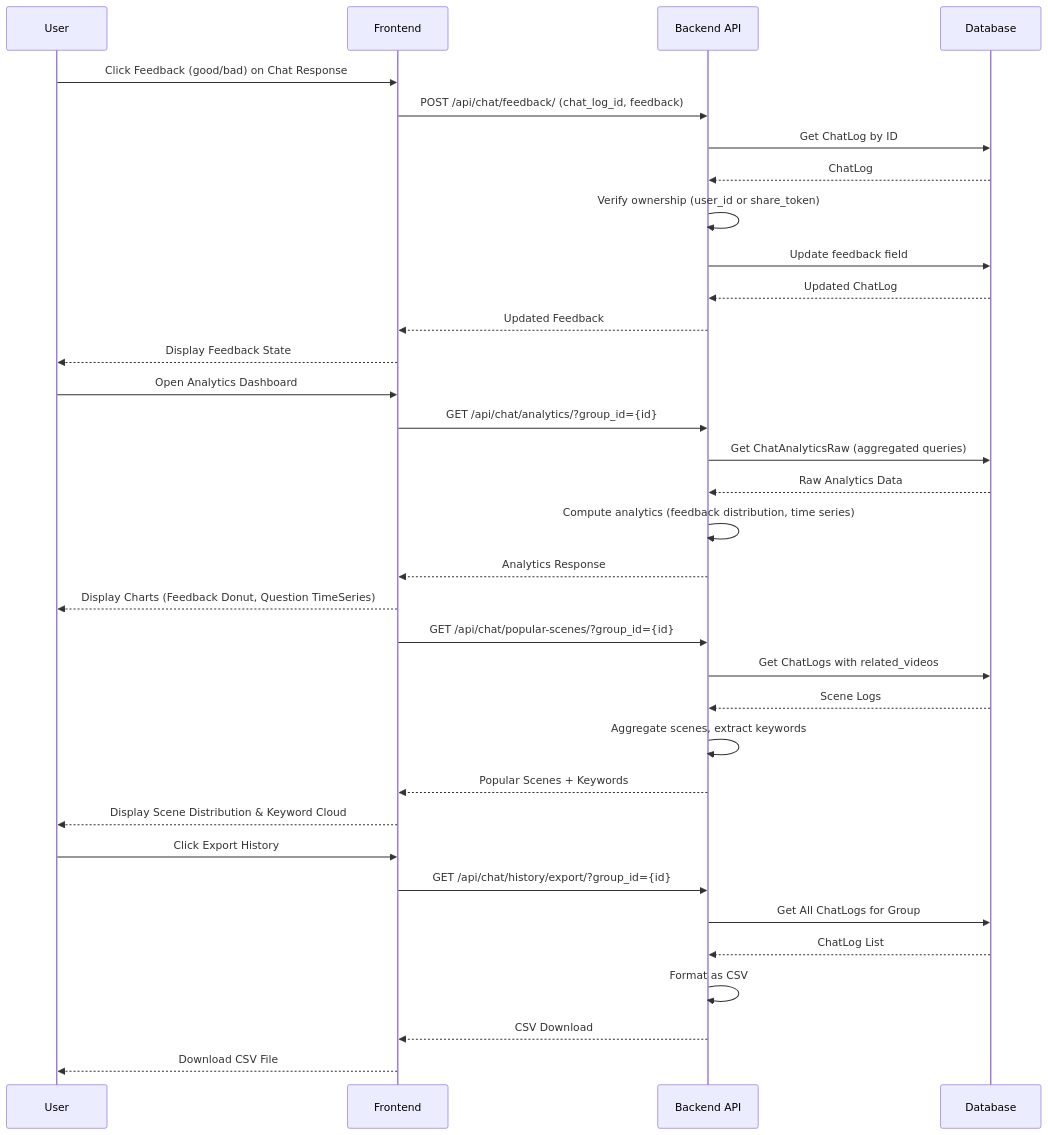
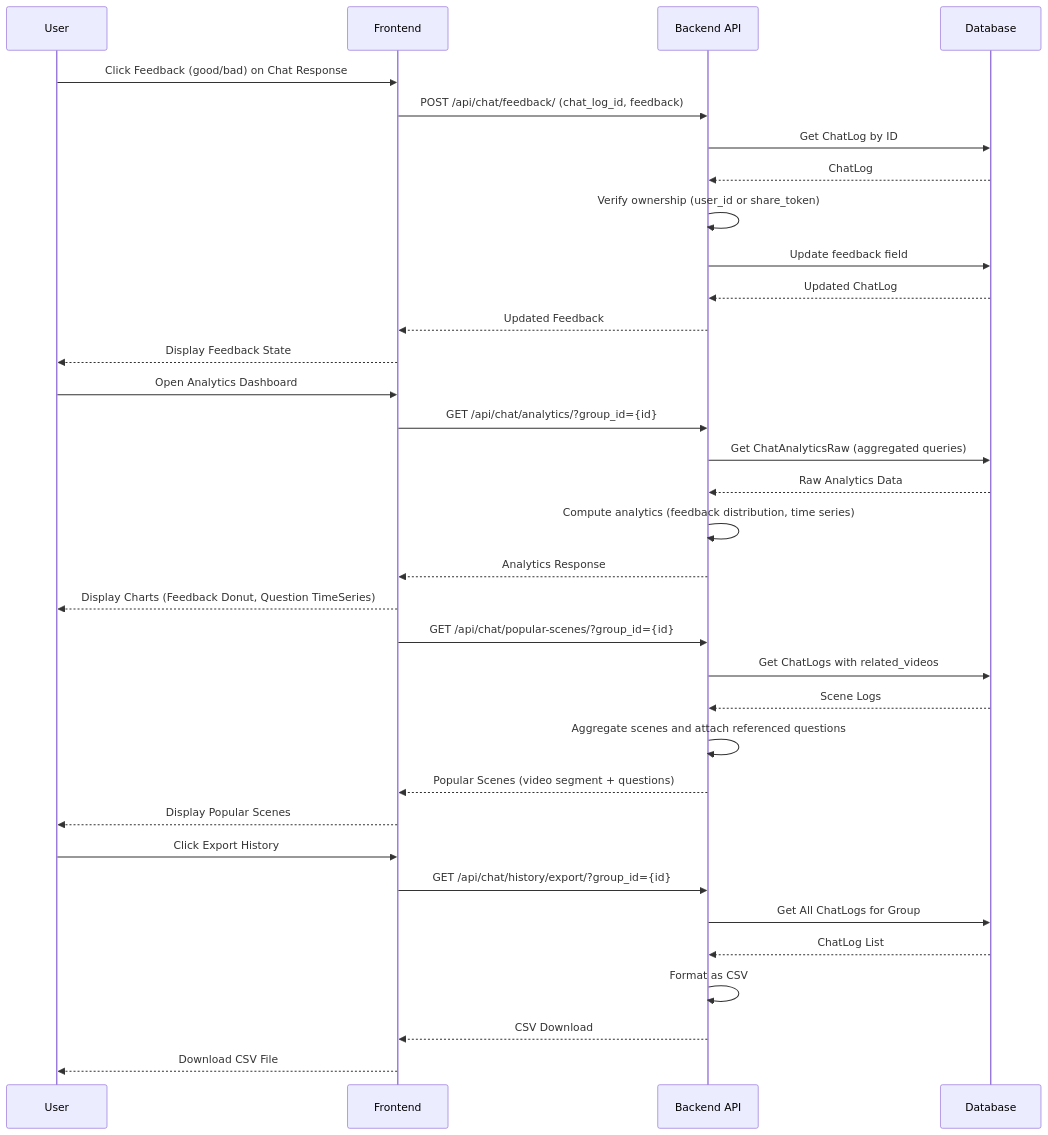
Diagram 11 of 11 in docs/design/sequence-diagram.md (yukiharada1228/videoq), drawn with Mermaid before and after one commit. The commit also changed other lines of this file and 9 other files, not shown here.

Commit message:
docs: sync diagrams with current implementation

````diff
--- a/docs/design/sequence-diagram.md
+++ b/docs/design/sequence-diagram.md
@@ -395,44 +391,44 @@
 ```mermaid
 sequenceDiagram
     participant User as User
     participant Frontend as Frontend
     participant Backend as Backend API
     participant DB as Database
 
     %% Submit Feedback
     User->>Frontend: Click Feedback (good/bad) on Chat Response
     Frontend->>Backend: POST /api/chat/feedback/ (chat_log_id, feedback)
     Backend->>DB: Get ChatLog by ID
     DB-->>Backend: ChatLog
     Backend->>Backend: Verify ownership (user_id or share_token)
     Backend->>DB: Update feedback field
     DB-->>Backend: Updated ChatLog
     Backend-->>Frontend: Updated Feedback
     Frontend-->>User: Display Feedback State
 
     %% View Analytics
     User->>Frontend: Open Analytics Dashboard
     Frontend->>Backend: GET /api/chat/analytics/?group_id={id}
     Backend->>DB: Get ChatAnalyticsRaw (aggregated queries)
     DB-->>Backend: Raw Analytics Data
     Backend->>Backend: Compute analytics (feedback distribution, time series)
     Backend-->>Frontend: Analytics Response
     Frontend-->>User: Display Charts (Feedback Donut, Question TimeSeries)
 
     %% View Popular Scenes
     Frontend->>Backend: GET /api/chat/popular-scenes/?group_id={id}
     Backend->>DB: Get ChatLogs with related_videos
     DB-->>Backend: Scene Logs
-    Backend->>Backend: Aggregate scenes, extract keywords
-    Backend-->>Frontend: Popular Scenes + Keywords
-    Frontend-->>User: Display Scene Distribution & Keyword Cloud
+    Backend->>Backend: Aggregate scenes and attach referenced questions
+    Backend-->>Frontend: Popular Scenes (video segment + questions)
+    Frontend-->>User: Display Popular Scenes
 
     %% Export History
     User->>Frontend: Click Export History
     Frontend->>Backend: GET /api/chat/history/export/?group_id={id}
     Backend->>DB: Get All ChatLogs for Group
     DB-->>Backend: ChatLog List
     Backend->>Backend: Format as CSV
     Backend-->>Frontend: CSV Download
     Frontend-->>User: Download CSV File
 ```
````
